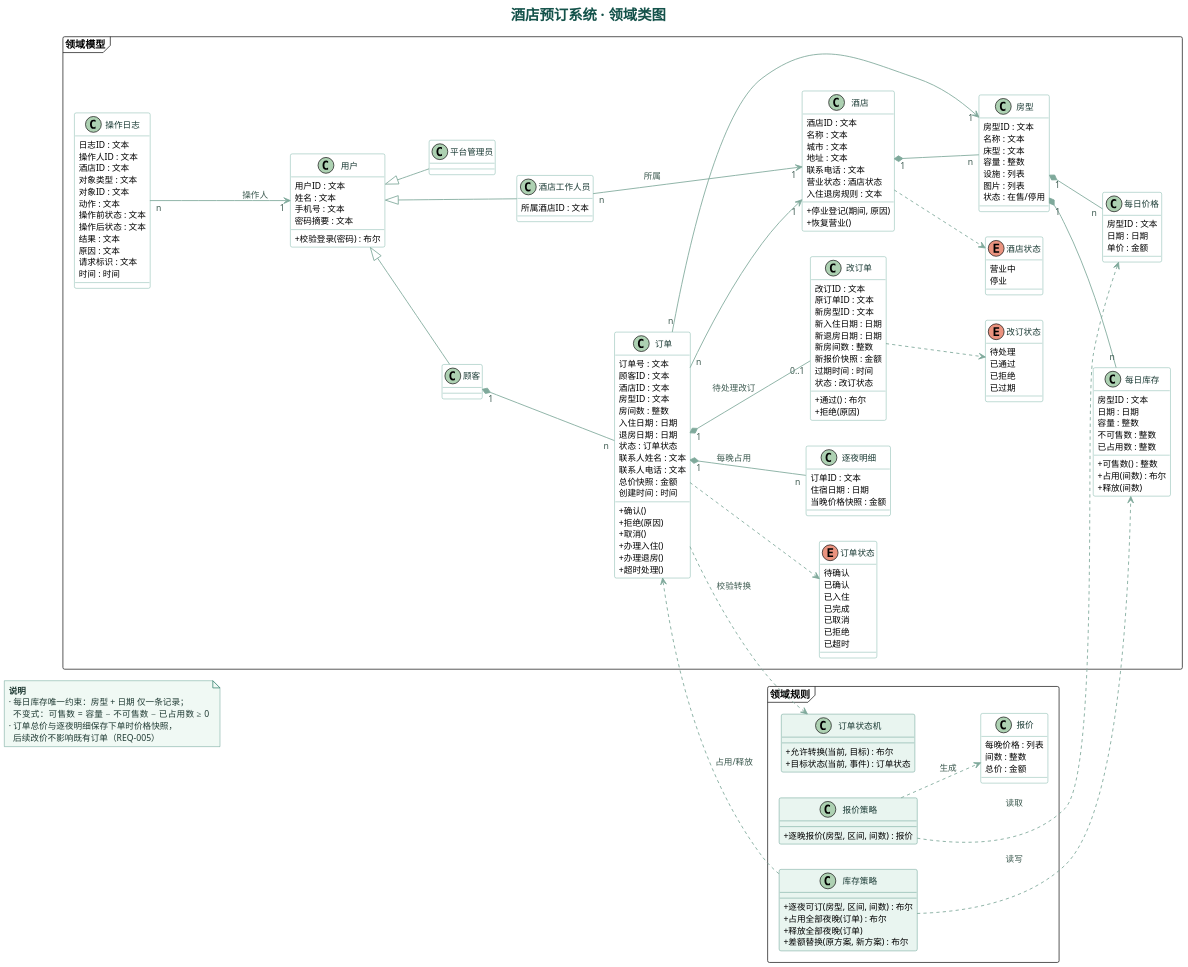
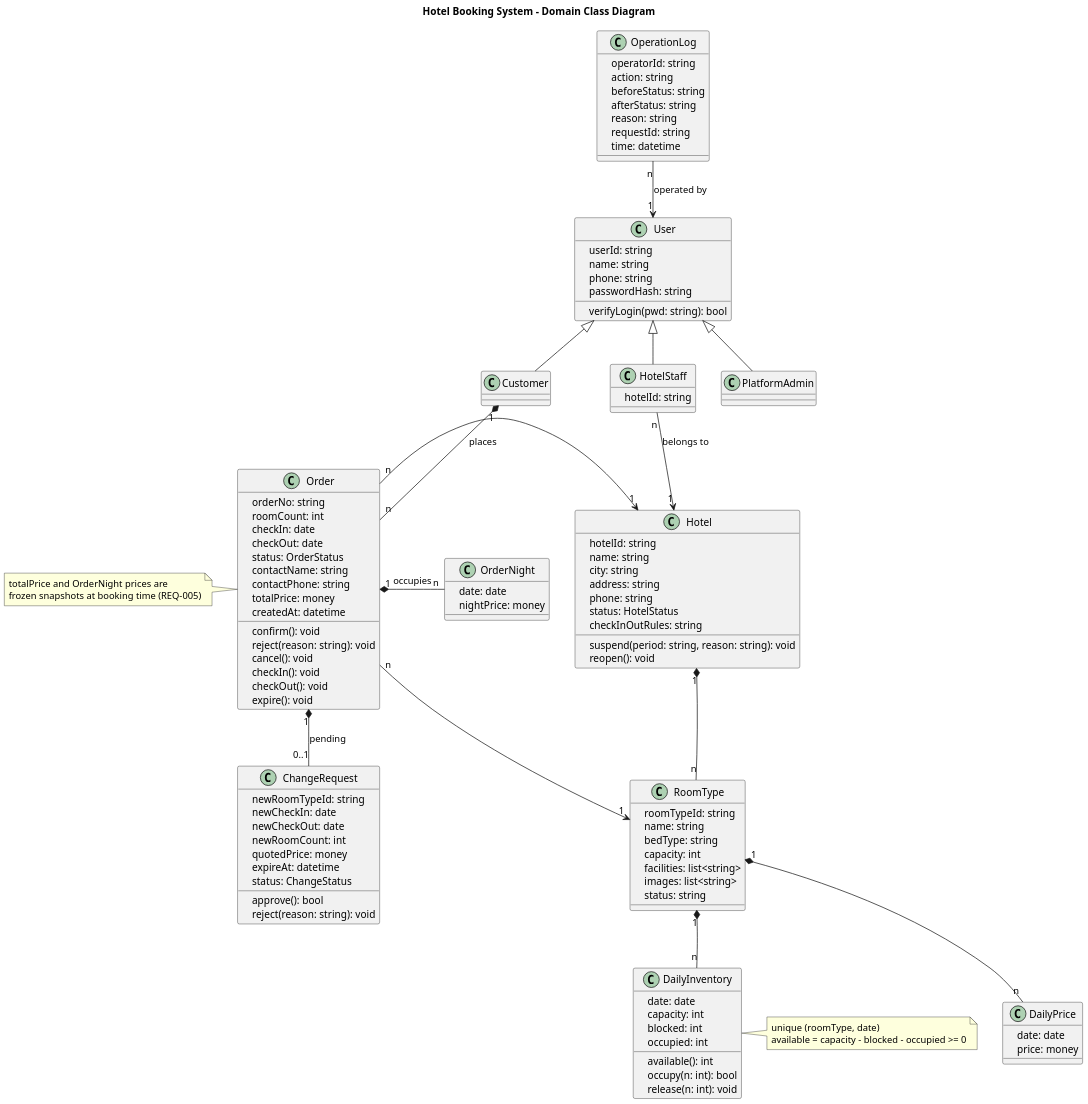
Before and after one commit to yangjinlingzhuo/se-lab1-hotel-booking: the diagram in lab2/实验2_231220170_央金灵卓/UML/UML类图.puml, drawn with PlantUML. The commit also changed 2 other files, not shown here.

Commit message:
人工反馈+AI修改(lab2): 类图改为英文简约默认风格（对齐样例）

```diff
--- a/lab2/实验2_231220170_央金灵卓/UML/UML类图.puml
+++ b/lab2/实验2_231220170_央金灵卓/UML/UML类图.puml
@@ -1,223 +1,137 @@
 @startuml UML类图
-title 酒店预订系统 · 领域类图
+title Hotel Booking System - Domain Class Diagram
 
-left to right direction
-hide <<policy>> stereotype
-skinparam shadowing false
-skinparam classAttributeIconSize 0
-skinparam defaultFontName "PingFang SC"
 skinparam dpi 150
-skinparam title {
-  FontColor #14524A
-  FontSize 20
-}
-skinparam ArrowColor #7FA99B
-skinparam ArrowThickness 1.2
-skinparam ArrowFontColor #3D5A50
-skinparam ArrowFontSize 12
-skinparam class {
-  BackgroundColor #FFFFFF
-  BorderColor #4E9A8A
-  FontColor #1A3A34
-  FontSize 13
-  AttributeFontSize 12
-  MethodFontSize 12
-}
-skinparam class<<policy>> {
-  BackgroundColor #E9F5F0
-  BorderColor #2E7D6B
-}
-skinparam enum {
-  BackgroundColor #F0F9F4
-  BorderColor #2E7D6B
-  FontColor #1A3A34
-}
-skinparam note {
-  BackgroundColor #F0F9F4
-  BorderColor #2E7D6B
-  FontColor #1F3A33
-  FontSize 12
+skinparam defaultFontName "Helvetica Neue"
+skinparam classAttributeIconSize 3
+
+class User {
+  -userId: string
+  -name: string
+  -phone: string
+  -passwordHash: string
+  +verifyLogin(pwd: string): bool
 }
 
-package "领域模型" <<Frame>> {
-  class 用户 {
-    用户ID : 文本
-    姓名 : 文本
-    手机号 : 文本
-    密码摘要 : 文本
-    +校验登录(密码) : 布尔
-  }
-  class 顾客
-  class 酒店工作人员 {
-    所属酒店ID : 文本
-  }
-  class 平台管理员
+class Customer
+class HotelStaff {
+  -hotelId: string
+}
+class PlatformAdmin
 
-  class 酒店 {
-    酒店ID : 文本
-    名称 : 文本
-    城市 : 文本
-    地址 : 文本
-    联系电话 : 文本
-    营业状态 : 酒店状态
-    入住退房规则 : 文本
-    +停业登记(期间, 原因)
-    +恢复营业()
-  }
-  class 房型 {
-    房型ID : 文本
-    名称 : 文本
-    床型 : 文本
-    容量 : 整数
-    设施 : 列表
-    图片 : 列表
-    状态 : 在售/停用
-  }
-  class 每日库存 {
-    房型ID : 文本
-    日期 : 日期
-    容量 : 整数
-    不可售数 : 整数
-    已占用数 : 整数
-    +可售数() : 整数
-    +占用(间数) : 布尔
-    +释放(间数)
-  }
-  class 每日价格 {
-    房型ID : 文本
-    日期 : 日期
-    单价 : 金额
-  }
-
-  class 订单 {
-    订单号 : 文本
-    顾客ID : 文本
-    酒店ID : 文本
-    房型ID : 文本
-    房间数 : 整数
-    入住日期 : 日期
-    退房日期 : 日期
-    状态 : 订单状态
-    联系人姓名 : 文本
-    联系人电话 : 文本
-    总价快照 : 金额
-    创建时间 : 时间
-    +确认()
-    +拒绝(原因)
-    +取消()
-    +办理入住()
-    +办理退房()
-    +超时处理()
-  }
-  class 逐夜明细 {
-    订单ID : 文本
-    住宿日期 : 日期
-    当晚价格快照 : 金额
-  }
-  class 改订单 {
-    改订ID : 文本
-    原订单ID : 文本
-    新房型ID : 文本
-    新入住日期 : 日期
-    新退房日期 : 日期
-    新房间数 : 整数
-    新报价快照 : 金额
-    过期时间 : 时间
-    状态 : 改订状态
-    +通过() : 布尔
-    +拒绝(原因)
-  }
-  class 操作日志 {
-    日志ID : 文本
-    操作人ID : 文本
-    酒店ID : 文本
-    对象类型 : 文本
-    对象ID : 文本
-    动作 : 文本
-    操作前状态 : 文本
-    操作后状态 : 文本
-    结果 : 文本
-    原因 : 文本
-    请求标识 : 文本
-    时间 : 时间
-  }
-  enum 订单状态 {
-    待确认
-    已确认
-    已入住
-    已完成
-    已取消
-    已拒绝
-    已超时
-  }
-  enum 改订状态 {
-    待处理
-    已通过
-    已拒绝
-    已过期
-  }
-  enum 酒店状态 {
-    营业中
-    停业
-  }
+class Hotel {
+  -hotelId: string
+  -name: string
+  -city: string
+  -address: string
+  -phone: string
+  -status: HotelStatus
+  -checkInOutRules: string
+  +suspend(period: string, reason: string): void
+  +reopen(): void
 }
 
-package "领域规则" <<Frame>> {
-  class 订单状态机 <<policy>> {
-    +允许转换(当前, 目标) : 布尔
-    +目标状态(当前, 事件) : 订单状态
-  }
-  class 库存策略 <<policy>> {
-    +逐夜可订(房型, 区间, 间数) : 布尔
-    +占用全部夜晚(订单) : 布尔
-    +释放全部夜晚(订单)
-    +差额替换(原方案, 新方案) : 布尔
-  }
-  class 报价策略 <<policy>> {
-    +逐晚报价(房型, 区间, 间数) : 报价
-  }
-  class 报价 {
-    每晚价格 : 列表
-    间数 : 整数
-    总价 : 金额
-  }
+class RoomType {
+  -roomTypeId: string
+  -name: string
+  -bedType: string
+  -capacity: int
+  -facilities: list<string>
+  -images: list<string>
+  -status: string
 }
 
-' 继承
-用户 <|-- 顾客
-用户 <|-- 酒店工作人员
-用户 <|-- 平台管理员
+class DailyInventory {
+  -date: date
+  -capacity: int
+  -blocked: int
+  -occupied: int
+  +available(): int
+  +occupy(n: int): bool
+  +release(n: int): void
+}
 
-' 关联与组合
-酒店工作人员 "n" --> "1" 酒店 : 所属
-酒店 "1" *-- "n" 房型
-房型 "1" *-- "n" 每日库存
-房型 "1" *-- "n" 每日价格
-顾客 "1" *-- "n" 订单
-订单 "n" --> "1" 酒店
-订单 "n" --> "1" 房型
-订单 "1" *-- "n" 逐夜明细 : 每晚占用
-订单 "1" *-- "0..1" 改订单 : 待处理改订
-操作日志 "n" --> "1" 用户 : 操作人
+class DailyPrice {
+  -date: date
+  -price: money
+}
 
-' 枚举锚定
-订单 ..> 订单状态
-改订单 ..> 改订状态
-酒店 ..> 酒店状态
+class Order {
+  -orderNo: string
+  -roomCount: int
+  -checkIn: date
+  -checkOut: date
+  -status: OrderStatus
+  -contactName: string
+  -contactPhone: string
+  -totalPrice: money
+  -createdAt: datetime
+  +confirm(): void
+  +reject(reason: string): void
+  +cancel(): void
+  +checkIn(): void
+  +checkOut(): void
+  +expire(): void
+}
 
-' 规则协作
-订单 ..> 订单状态机 : 校验转换
-库存策略 ..> 每日库存 : 读写
-报价策略 ..> 每日价格 : 读取
-报价策略 ..> 报价 : 生成
-库存策略 ..> 订单 : 占用/释放
+class OrderNight {
+  -date: date
+  -nightPrice: money
+}
 
-note as N1
-  <b>说明</b>
-  · 每日库存唯一约束：房型 + 日期 仅一条记录；
-    不变式：可售数 = 容量 − 不可售数 − 已占用数 ≥ 0
-  · 订单总价与逐夜明细保存下单时价格快照，
-    后续改价不影响既有订单（REQ-005）
+class ChangeRequest {
+  -newRoomTypeId: string
+  -newCheckIn: date
+  -newCheckOut: date
+  -newRoomCount: int
+  -quotedPrice: money
+  -expireAt: datetime
+  -status: ChangeStatus
+  +approve(): bool
+  +reject(reason: string): void
+}
+
+class OperationLog {
+  -operatorId: string
+  -action: string
+  -beforeStatus: string
+  -afterStatus: string
+  -reason: string
+  -requestId: string
+  -time: datetime
+}
+
+' 布局辅助
+Order -[hidden]r- Hotel
+Hotel -[hidden]d- RoomType
+RoomType -[hidden]d- DailyInventory
+DailyInventory -[hidden]r- DailyPrice
+Order -[hidden]d- ChangeRequest
+Order -[hidden]r- OrderNight
+
+User <|-- Customer
+User <|-- HotelStaff
+User <|-- PlatformAdmin
+
+HotelStaff "n" --> "1" Hotel : belongs to
+Hotel "1" *-- "n" RoomType
+RoomType "1" *-- "n" DailyInventory
+RoomType "1" *-- "n" DailyPrice
+Customer "1" *-- "n" Order : places
+Order "n" --> "1" Hotel
+Order "n" --> "1" RoomType
+Order "1" *-- "n" OrderNight : occupies
+Order "1" *-- "0..1" ChangeRequest : pending
+OperationLog "n" --> "1" User : operated by
+
+note right of DailyInventory
+  unique (roomType, date)
+  available = capacity - blocked - occupied >= 0
+end note
+
+note left of Order
+  totalPrice and OrderNight prices are
+  frozen snapshots at booking time (REQ-005)
 end note
 
 @enduml
```
